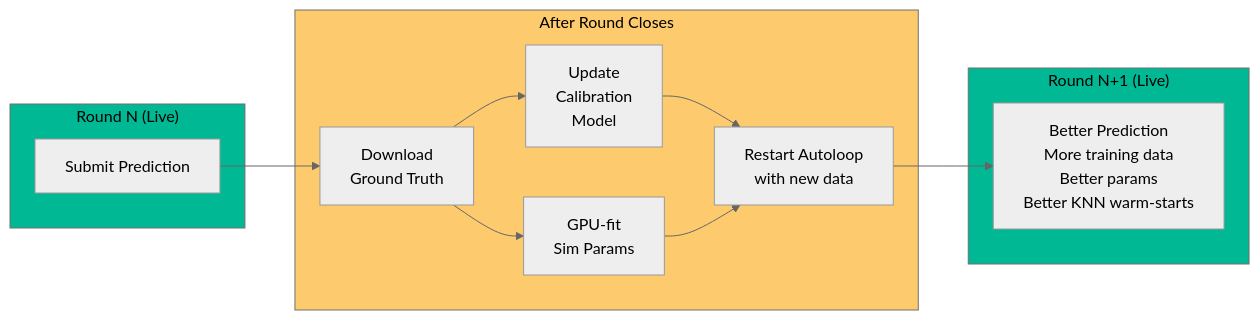
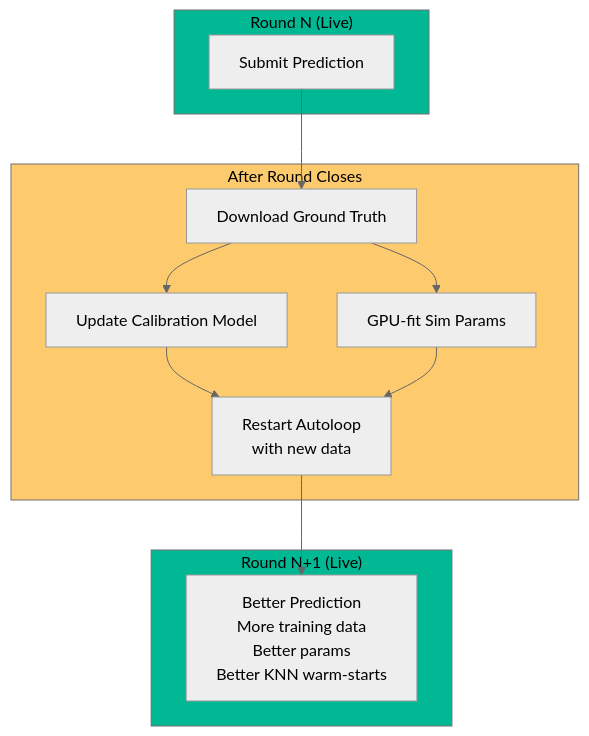
One commit to dagthomas/Synthetic_Synapses_NMIAI changed the sixth of 6 diagrams in dagthomas/astar-island-solution/DAEMON.md. Above: the diagram before and after it, drawn with Mermaid (neutral theme). The commit also changed other lines of this file and 2 other files, not shown here.

````diff
--- a/dagthomas/astar-island-solution/DAEMON.md
+++ b/dagthomas/astar-island-solution/DAEMON.md
@@ -201,28 +195,28 @@
 ```mermaid
-flowchart LR
-    subgraph Round_N["Round N (Live)"]
+flowchart TB
+    subgraph RN["Round N (Live)"]
         SUBMIT_N[Submit Prediction]
     end
 
     subgraph After["After Round Closes"]
-        GT[Download<br/>Ground Truth]
-        CAL_UPDATE[Update<br/>Calibration<br/>Model]
-        SIM_FIT[GPU-fit<br/>Sim Params]
+        GT[Download Ground Truth]
+        CAL_UPDATE[Update Calibration Model]
+        SIM_FIT[GPU-fit Sim Params]
         AL_RESTART[Restart Autoloop<br/>with new data]
     end
 
-    subgraph Round_N1["Round N+1 (Live)"]
+    subgraph RN1["Round N+1 (Live)"]
         BETTER[Better Prediction<br/>More training data<br/>Better params<br/>Better KNN warm-starts]
     end
 
     SUBMIT_N --> GT
     GT --> CAL_UPDATE
     GT --> SIM_FIT
     CAL_UPDATE --> AL_RESTART
     SIM_FIT --> AL_RESTART
     AL_RESTART --> BETTER
 
-    style Round_N fill:#00b894,color:#000
+    style RN fill:#00b894,color:#000
     style After fill:#fdcb6e,color:#000
-    style Round_N1 fill:#00b894,color:#000
+    style RN1 fill:#00b894,color:#000
 ```
````
